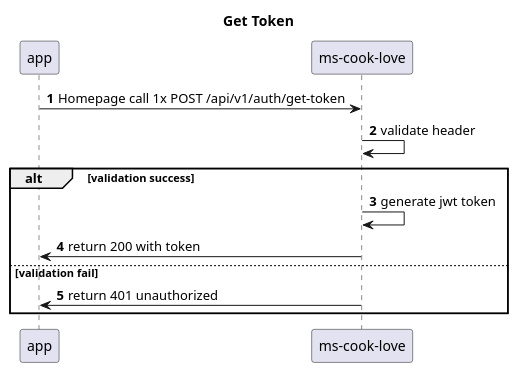
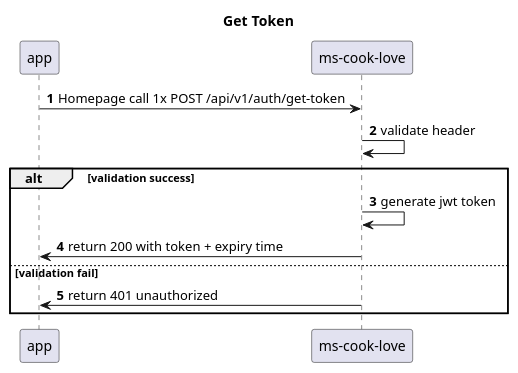
One commit to FathiahHusna/cook-with-love changed the diagram in src/main/diagram/sequence_diagram/GetToken.puml. Above: the diagram before and after it, drawn with PlantUML. The commit also changed 1 other file, not shown here.

Commit message:
[CookLove] Update get token seq diagram

```diff
--- a/src/main/diagram/sequence_diagram/GetToken.puml
+++ b/src/main/diagram/sequence_diagram/GetToken.puml
@@ -1,18 +1,18 @@
 @startuml
 'https://plantuml.com/sequence-diagram
 
 title Get Token
 autonumber
 participant app
 participant "ms-cook-love" as mcl
 
 app -> mcl: Homepage call 1x POST /api/v1/auth/get-token
 mcl -> mcl: validate header
 alt validation success
  mcl -> mcl: generate jwt token
- mcl -> app: return 200 with token
+ mcl -> app: return 200 with token + expiry time
 else validation fail
     mcl->app: return 401 unauthorized
 end
 
 @enduml
```
